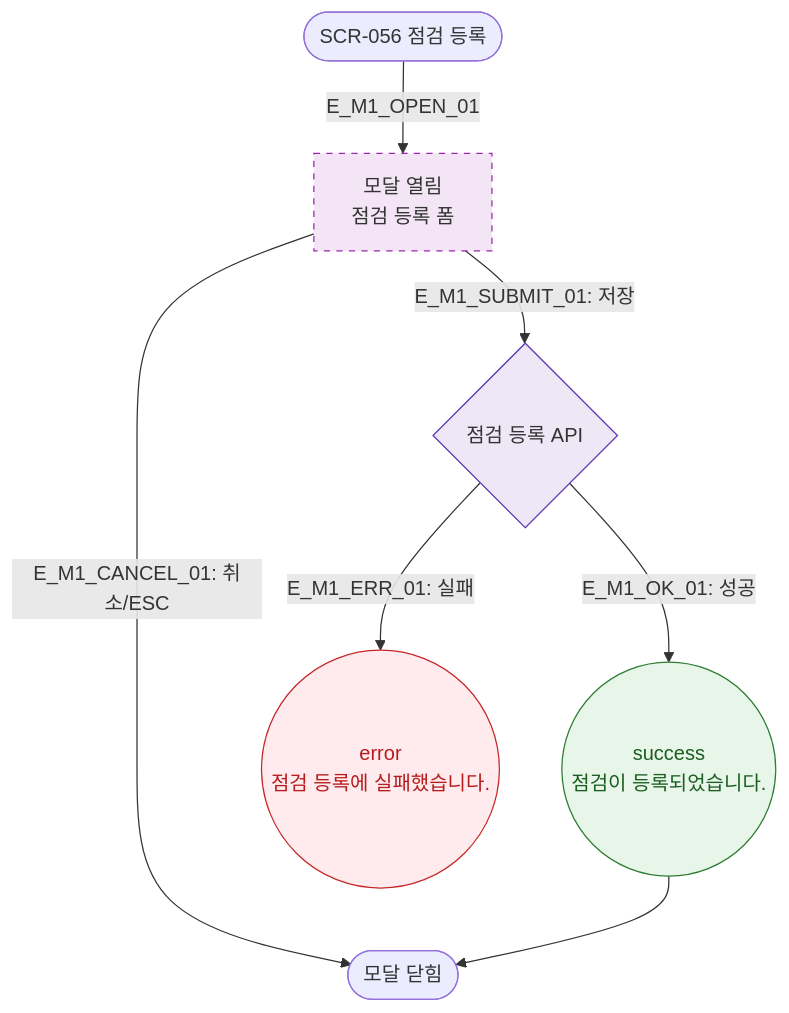
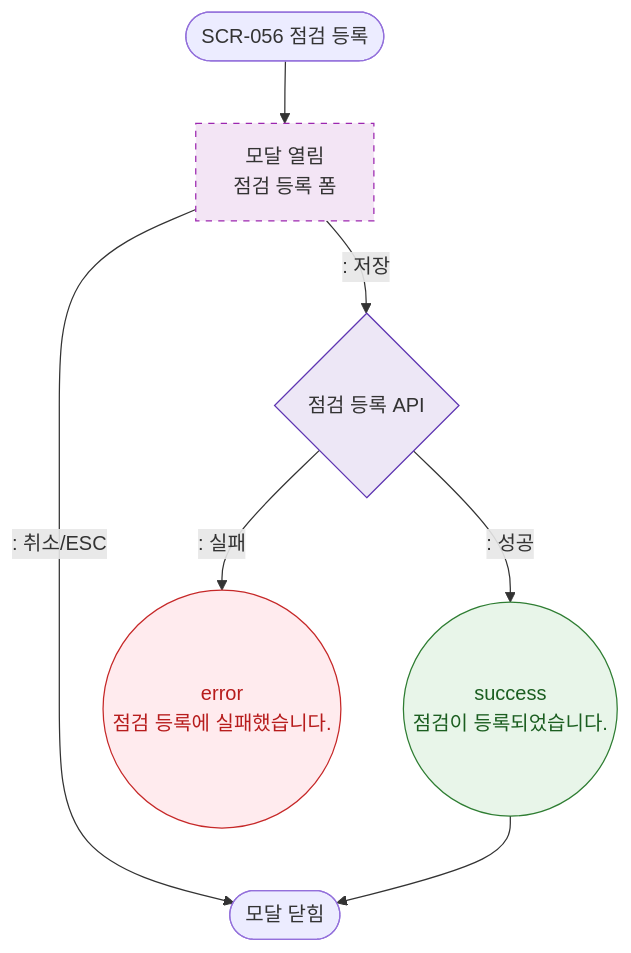
The diagram in docs/다이어그램/D06_시설관리/DLG/DLG-056-002_점검등록/M1_생명주기.md (dev-spogym/admin-pando), drawn with Mermaid before and after one commit. The commit also changed other lines of this file and 1660 other files, not shown here.

First line of the commit message:
다이어그램: 기획자/클라이언트 납품본으로 정리

````diff
--- a/docs/다이어그램/D06_시설관리/DLG/DLG-056-002_점검등록/M1_생명주기.md
+++ b/docs/다이어그램/D06_시설관리/DLG/DLG-056-002_점검등록/M1_생명주기.md
@@ -16,18 +14,18 @@
 ```mermaid
 flowchart TD
-    TRIGGER([SCR-056 점검 등록]) -->|E_M1_OPEN_01| OPEN[모달 열림\n점검 등록 폼]
-    OPEN -->|"E_M1_SUBMIT_01: 저장"| SaveAPI{점검 등록 API}
-    SaveAPI -->|"E_M1_OK_01: 성공"| SUCCESS((success\n점검이 등록되었습니다.))
-    SaveAPI -->|"E_M1_ERR_01: 실패"| FAIL((error\n점검 등록에 실패했습니다.))
-    OPEN -->|"E_M1_CANCEL_01: 취소/ESC"| CLOSED([모달 닫힘])
+    TRIGGER([SCR-056 점검 등록]) --> OPEN[모달 열림\n점검 등록 폼]
+    OPEN -->|": 저장"|SaveAPI{점검 등록 API}
+    SaveAPI -->|": 성공"|SUCCESS((success\n점검이 등록되었습니다.))
+    SaveAPI -->|": 실패"|FAIL((error\n점검 등록에 실패했습니다.))
+    OPEN -->|": 취소/ESC"|CLOSED([모달 닫힘])
     SUCCESS --> CLOSED
 
     classDef newFeature fill:#F3E5F5,stroke:#9C27B0,stroke-dasharray:5 5
     classDef success fill:#E8F5E9,stroke:#2E7D32,color:#1B5E20
     classDef error fill:#FFEBEE,stroke:#C62828,color:#B71C1C
     classDef system fill:#EDE7F6,stroke:#5E35B2
     class OPEN newFeature
     class SUCCESS success
     class FAIL error
     class SaveAPI system
 ```
````
